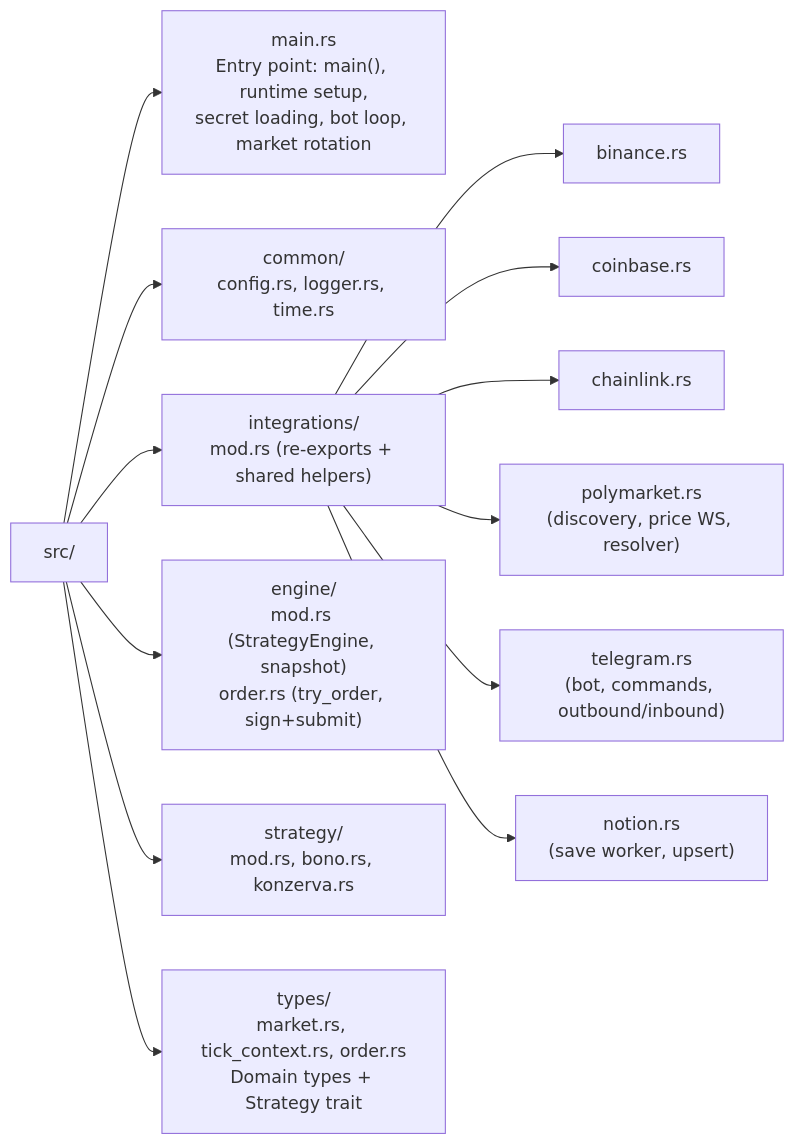
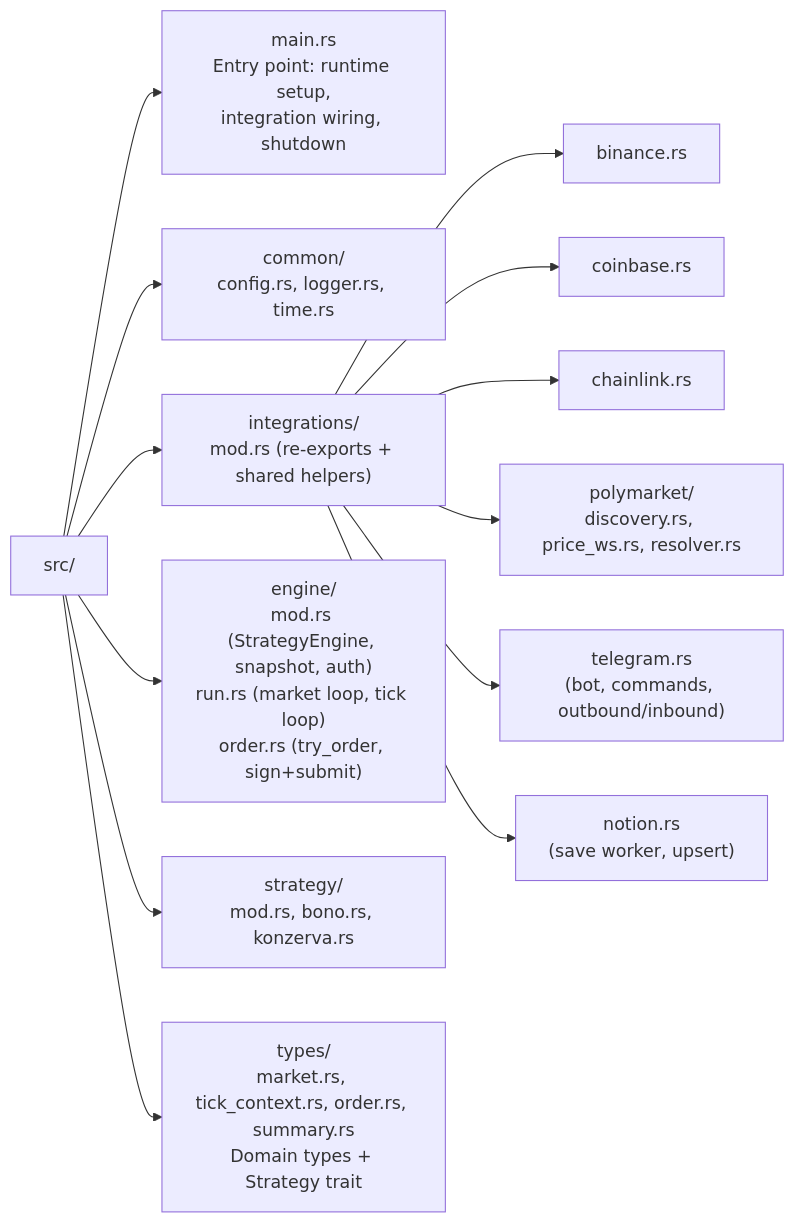
One commit to bbono/serekes changed the second of 3 diagrams in docs/ARCHITECTURE.md. Above: the diagram before and after it, drawn with Mermaid. The commit also changed other lines of this file and 12 other files, not shown here.

First line of the commit message:
Simplify architecture: thin main.rs, engine owns bot loop, split polymarket

````diff
--- a/docs/ARCHITECTURE.md
+++ b/docs/ARCHITECTURE.md
@@ -67,15 +69,15 @@
 ```mermaid
 graph LR
-    SRC["src/"] --> MAIN["main.rs<br/>Entry point: main(), runtime setup,<br/>secret loading, bot loop, market rotation"]
+    SRC["src/"] --> MAIN["main.rs<br/>Entry point: runtime setup,<br/>integration wiring, shutdown"]
     SRC --> COMMON["common/<br/>config.rs, logger.rs, time.rs"]
     SRC --> INT["integrations/<br/>mod.rs (re-exports + shared helpers)"]
     INT --> BIN["binance.rs"]
     INT --> CB["coinbase.rs"]
     INT --> CL["chainlink.rs"]
-    INT --> PM["polymarket.rs<br/>(discovery, price WS, resolver)"]
+    INT --> PM["polymarket/<br/>discovery.rs, price_ws.rs, resolver.rs"]
     INT --> TG["telegram.rs<br/>(bot, commands, outbound/inbound)"]
     INT --> NOTION["notion.rs<br/>(save worker, upsert)"]
-    SRC --> ENG["engine/<br/>mod.rs (StrategyEngine, snapshot)<br/>order.rs (try_order, sign+submit)"]
+    SRC --> ENG["engine/<br/>mod.rs (StrategyEngine, snapshot, auth)<br/>run.rs (market loop, tick loop)<br/>order.rs (try_order, sign+submit)"]
     SRC --> STRAT["strategy/<br/>mod.rs, bono.rs, konzerva.rs"]
-    SRC --> TYP["types/<br/>market.rs, tick_context.rs, order.rs<br/>Domain types + Strategy trait"]
+    SRC --> TYP["types/<br/>market.rs, tick_context.rs, order.rs, summary.rs<br/>Domain types + Strategy trait"]
 ```
````
